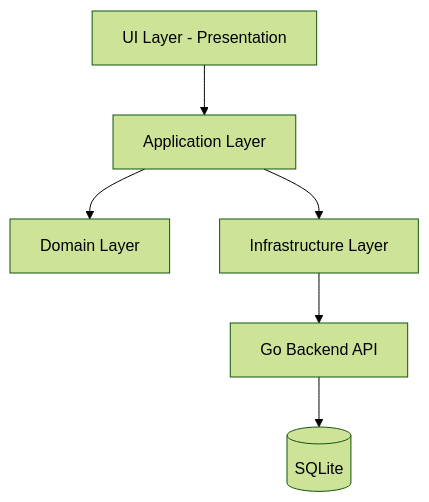
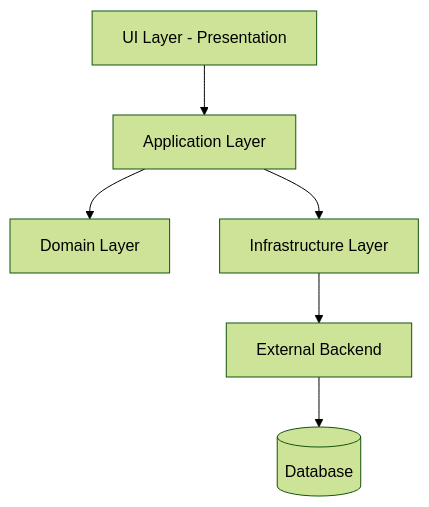
One commit to JorgeSDiaz/Financial_Manager_F changed the first of 4 diagrams in README.md. Above: the diagram before and after it, drawn with Mermaid (forest theme). The commit also changed other lines of this file, not shown here.

Commit message:
docs: make architecture diagrams generic (no tech specifics)

````diff
--- a/README.md
+++ b/README.md
@@ -85,15 +85,15 @@
 ```mermaid
 graph TD
     UI[UI Layer - Presentation]
     App[Application Layer]
     Domain[Domain Layer]
     Infra[Infrastructure Layer]
-    API[Go Backend API]
-    DB[(SQLite)]
+    Backend[External Backend]
+    DB[(Database)]
 
     UI --> App
     App --> Domain
     App --> Infra
-    Infra --> API
-    API --> DB
+    Infra --> Backend
+    Backend --> DB
 ```
````
